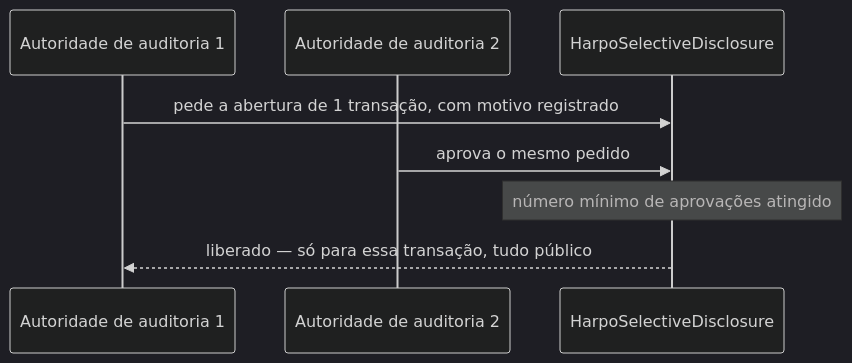
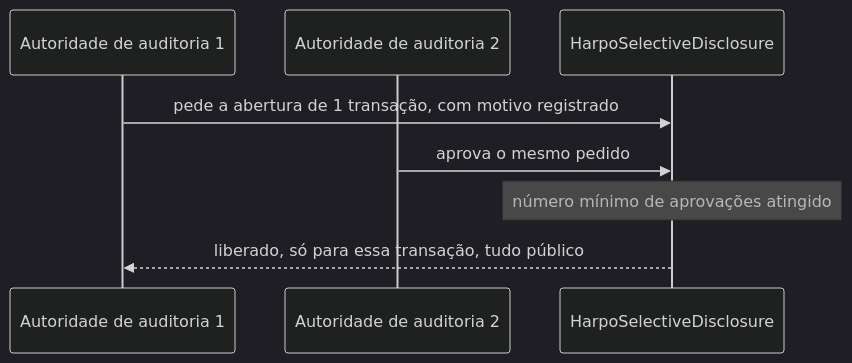
Before and after one commit to harpo-zk/contracts: the sixth of 7 diagrams in README.md, drawn with Mermaid (dark theme). The commit also changed other lines of this file, not shown here.

````diff
--- a/README.md
+++ b/README.md
@@ -187,11 +200,11 @@
 ```mermaid
 sequenceDiagram
     participant A1 as Autoridade de auditoria 1
     participant A2 as Autoridade de auditoria 2
     participant Disc as HarpoSelectiveDisclosure
 
     A1->>Disc: pede a abertura de 1 transação, com motivo registrado
     A2->>Disc: aprova o mesmo pedido
     Note over Disc: número mínimo de aprovações atingido
-    Disc-->>A1: liberado — só para essa transação, tudo público
+    Disc-->>A1: liberado, só para essa transação, tudo público
 ```
````
